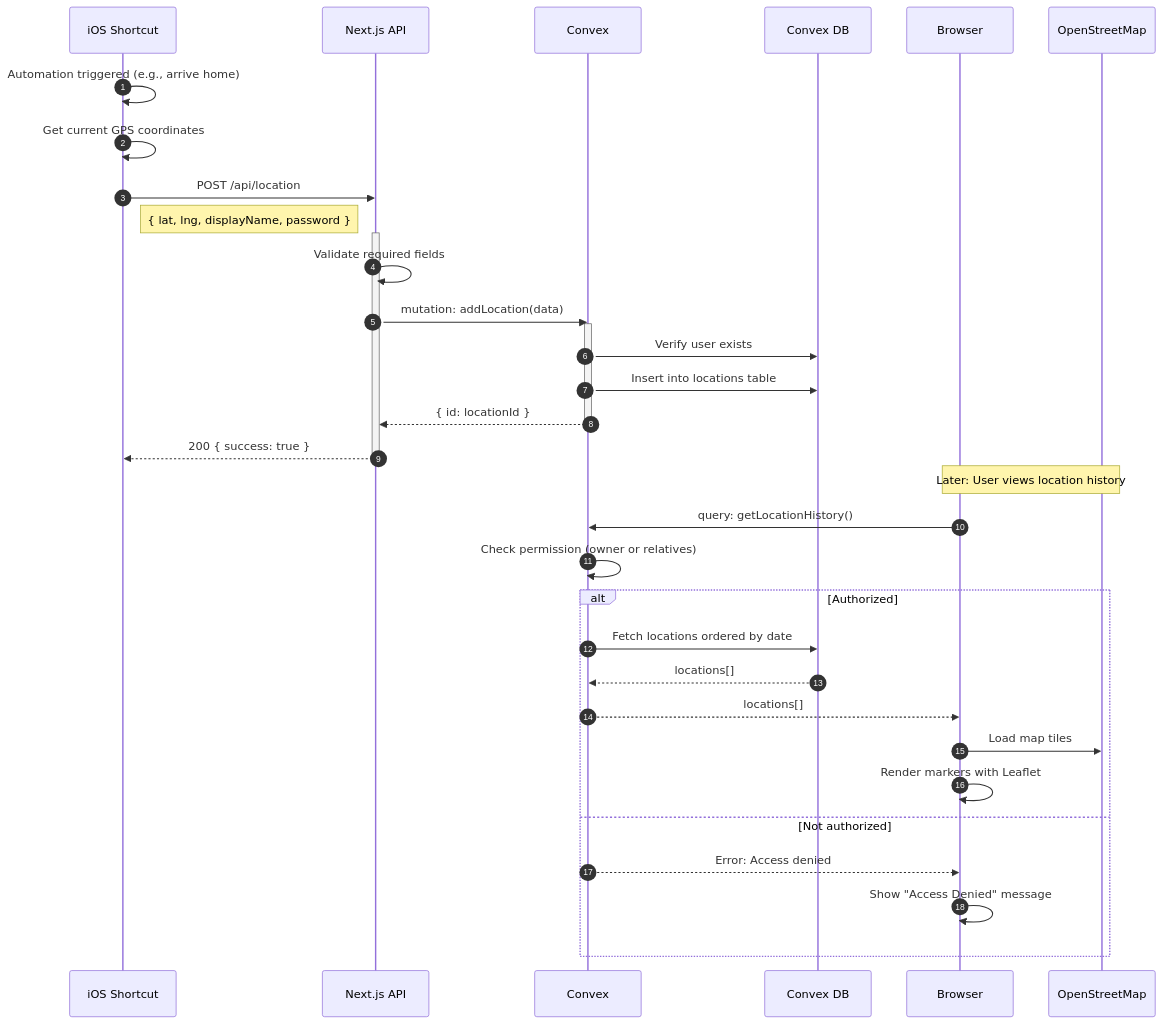
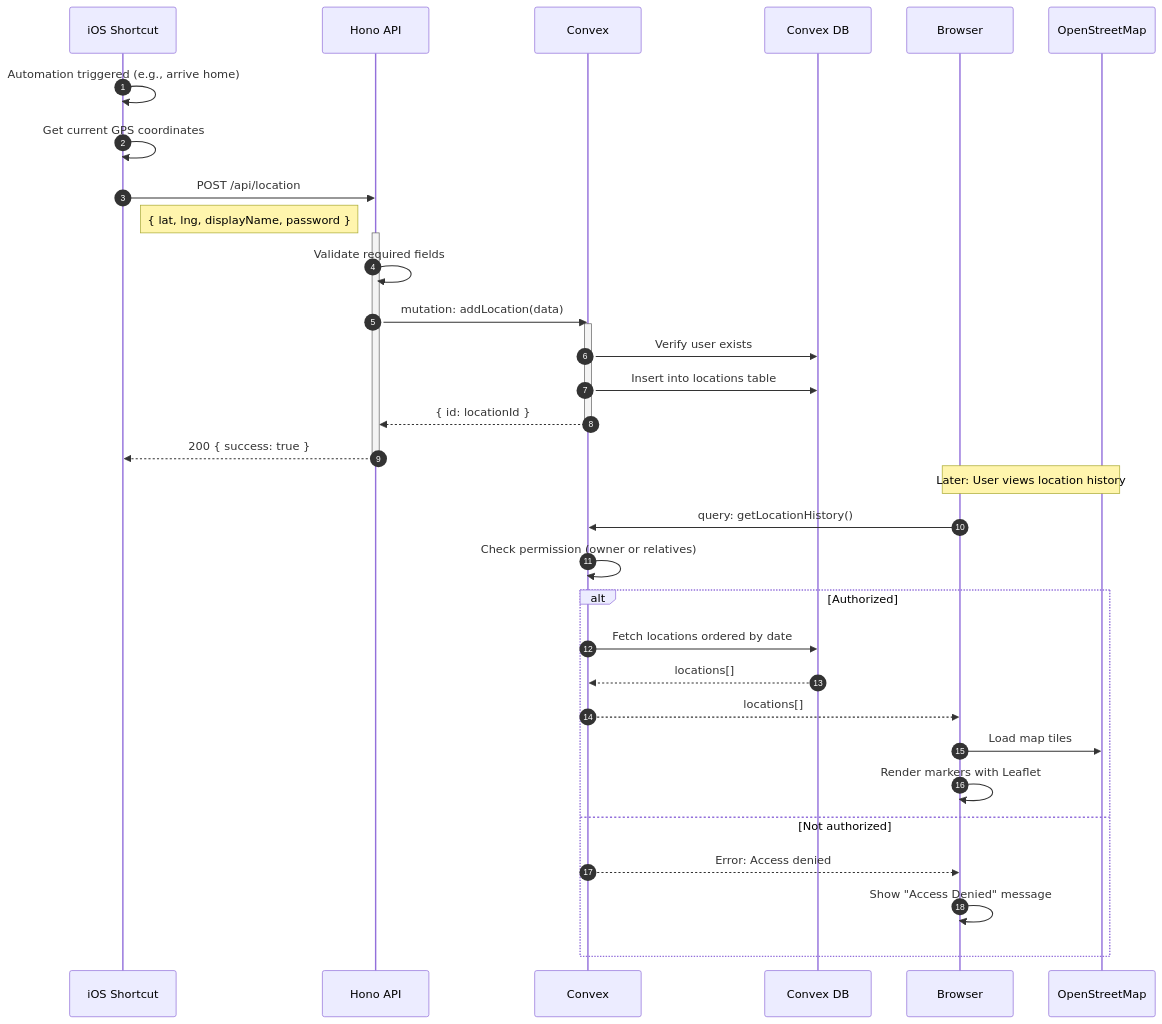
Diagram 13 of 25 in README.md (CarlosBueno99/bueno), drawn with Mermaid before and after one commit. The commit also changed other lines of this file and 31 other files, not shown here.

````diff
--- a/README.md
+++ b/README.md
@@ -695,46 +735,46 @@
 ```mermaid
 sequenceDiagram
     autonumber
     participant Device as iOS Shortcut
-    participant NextJS as Next.js API
+    participant Hono as Hono API
     participant Convex
     participant DB as Convex DB
     participant Browser
     participant OSM as OpenStreetMap
 
     Device->>Device: Automation triggered (e.g., arrive home)
     Device->>Device: Get current GPS coordinates
 
-    Device->>NextJS: POST /api/location
+    Device->>Hono: POST /api/location
     Note right of Device: { lat, lng, displayName, password }
 
-    activate NextJS
-    NextJS->>NextJS: Validate required fields
-    NextJS->>Convex: mutation: addLocation(data)
+    activate Hono
+    Hono->>Hono: Validate required fields
+    Hono->>Convex: mutation: addLocation(data)
 
     activate Convex
     Convex->>DB: Verify user exists
     Convex->>DB: Insert into locations table
-    Convex-->>NextJS: { id: locationId }
+    Convex-->>Hono: { id: locationId }
     deactivate Convex
 
-    NextJS-->>Device: 200 { success: true }
-    deactivate NextJS
+    Hono-->>Device: 200 { success: true }
+    deactivate Hono
 
     Note over Browser,OSM: Later: User views location history
 
     Browser->>Convex: query: getLocationHistory()
     Convex->>Convex: Check permission (owner or relatives)
 
     alt Authorized
         Convex->>DB: Fetch locations ordered by date
         DB-->>Convex: locations[]
         Convex-->>Browser: locations[]
 
         Browser->>OSM: Load map tiles
         Browser->>Browser: Render markers with Leaflet
     else Not authorized
         Convex-->>Browser: Error: Access denied
         Browser->>Browser: Show "Access Denied" message
     end
 ```
````
